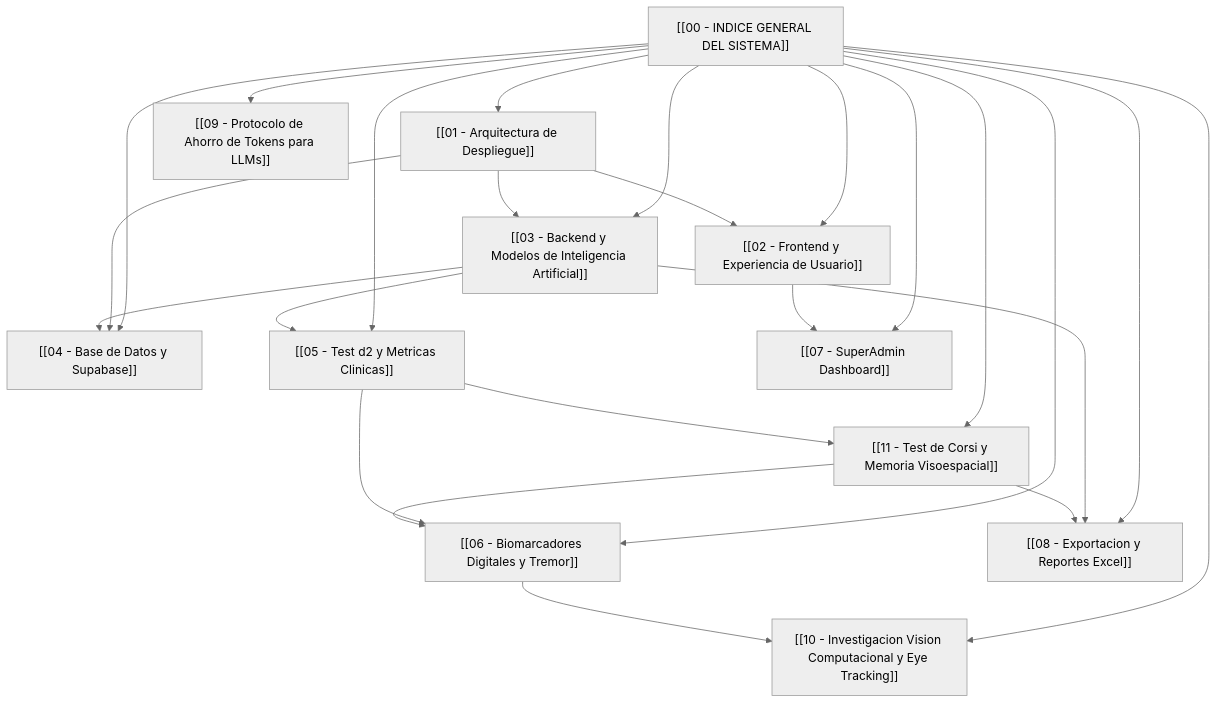
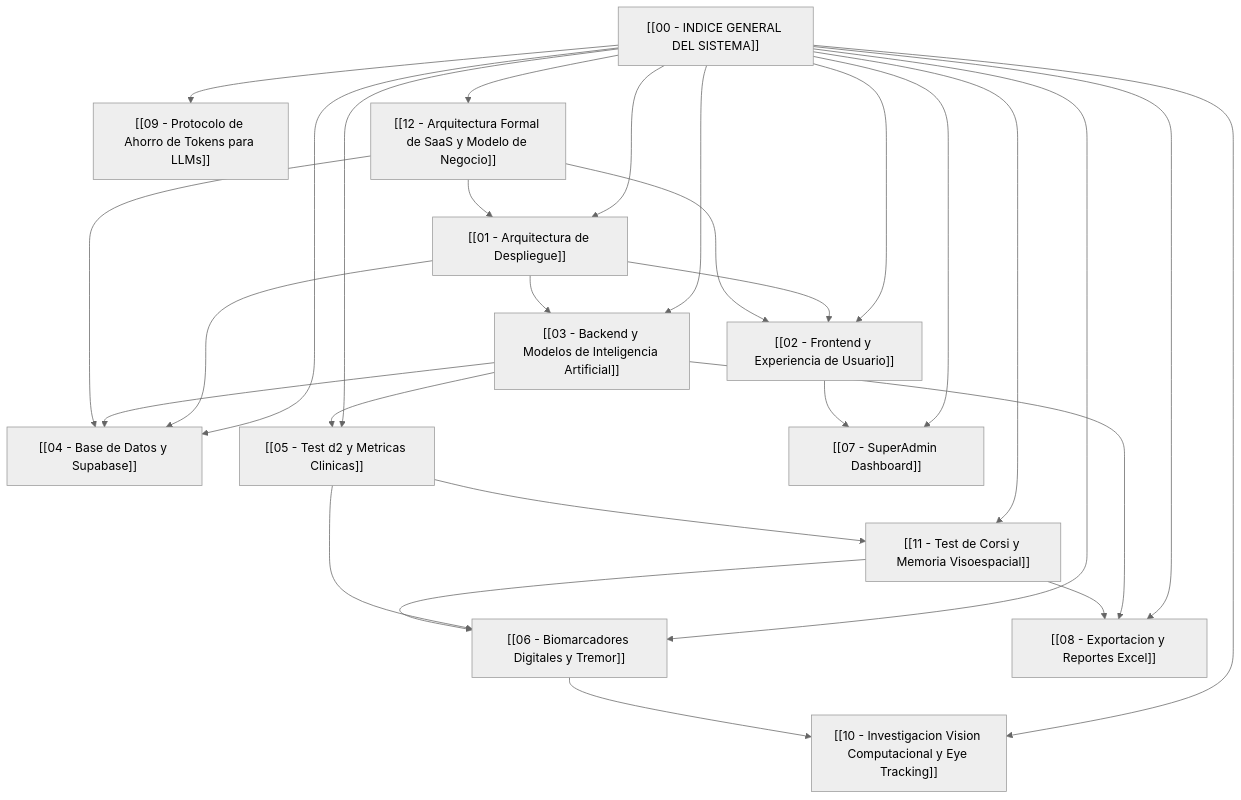
One commit to dillanino05-create/PRLC_PROFESSIONAL_WEB changed the diagram in obsidian_vault/00 - INDICE GENERAL DEL SISTEMA.md. Above: the diagram before and after it, drawn with Mermaid (neutral theme). The commit also changed other lines of this file and 4 other files, not shown here.

Commit message:
feat(saas): landing page completa con seguridad medica, billing interactivo mensual/anual y documentacion de arquitectura saas formal

````diff
--- a/obsidian_vault/00 - INDICE GENERAL DEL SISTEMA.md
+++ b/obsidian_vault/00 - INDICE GENERAL DEL SISTEMA.md
@@ -10,27 +10,31 @@
 ```mermaid
 graph TD
     A["[[00 - INDICE GENERAL DEL SISTEMA]]"] --> B["[[01 - Arquitectura de Despliegue]]"]
     A --> C["[[02 - Frontend y Experiencia de Usuario]]"]
     A --> D["[[03 - Backend y Modelos de Inteligencia Artificial]]"]
     A --> E["[[04 - Base de Datos y Supabase]]"]
     A --> F["[[05 - Test d2 y Metricas Clinicas]]"]
     A --> G["[[06 - Biomarcadores Digitales y Tremor]]"]
     A --> H["[[07 - SuperAdmin Dashboard]]"]
     A --> I["[[08 - Exportacion y Reportes Excel]]"]
     A --> J["[[09 - Protocolo de Ahorro de Tokens para LLMs]]"]
     A --> K["[[10 - Investigacion Vision Computacional y Eye Tracking]]"]
     A --> L["[[11 - Test de Corsi y Memoria Visoespacial]]"]
+    A --> M["[[12 - Arquitectura Formal de SaaS y Modelo de Negocio]]"]
 
     B --> C
     B --> D
     B --> E
     D --> E
     D --> F
     F --> G
     C --> H
     D --> I
     G --> K
     F --> L
     L --> G
     L --> I
+    M --> B
+    M --> E
+    M --> C
 ```
````
